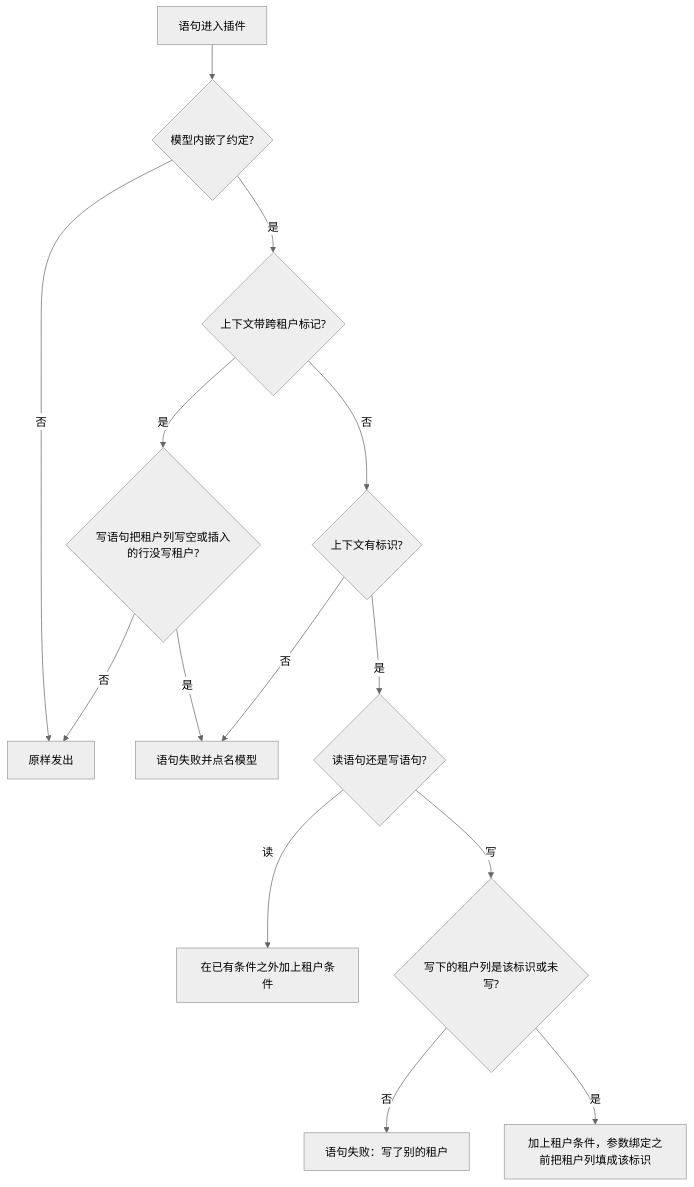
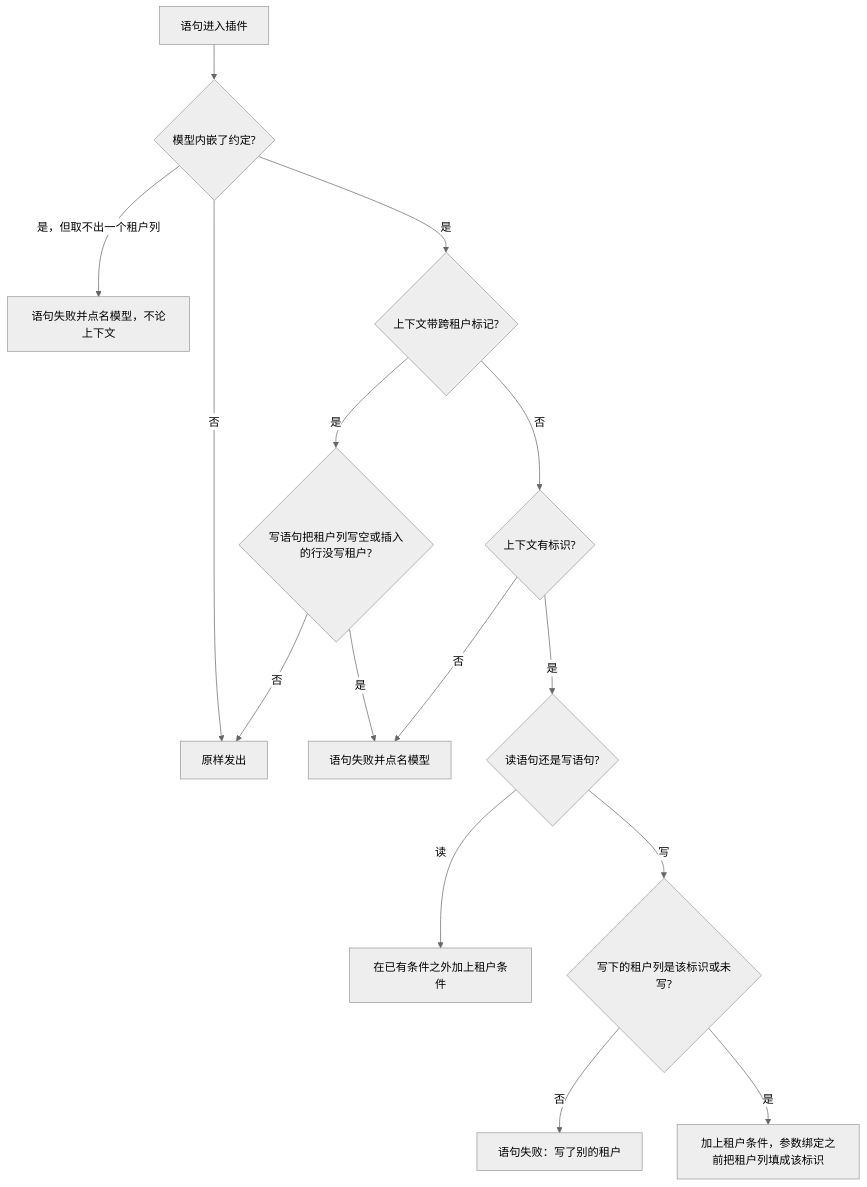
Before and after one commit to wangzw/speed: the fourth of 4 diagrams in docs/design/modules/design-tenant.md, drawn with Mermaid (neutral theme). The commit also changed other lines of this file and 6 other files, not shown here.

````diff
--- a/docs/design/modules/design-tenant.md
+++ b/docs/design/modules/design-tenant.md
@@ -431,16 +433,17 @@
 ```mermaid
 flowchart TD
     A[语句进入插件] --> B{模型内嵌了约定?}
     B -- 否 --> Z[原样发出]
+    B -- 是，但取不出一个租户列 --> U[语句失败并点名模型，不论上下文]
     B -- 是 --> C{上下文带跨租户标记?}
     C -- 是 --> X{写语句把租户列写空或插入的行没写租户?}
     X -- 否 --> Z
     X -- 是 --> H
     C -- 否 --> D{上下文有标识?}
     D -- 否 --> H[语句失败并点名模型]
     D -- 是 --> E{读语句还是写语句?}
     E -- 读 --> F[在已有条件之外加上租户条件]
     E -- 写 --> W{写下的租户列是该标识或未写?}
     W -- 否 --> M[语句失败：写了别的租户]
     W -- 是 --> G[加上租户条件，参数绑定之前把租户列填成该标识]
 ```
````
